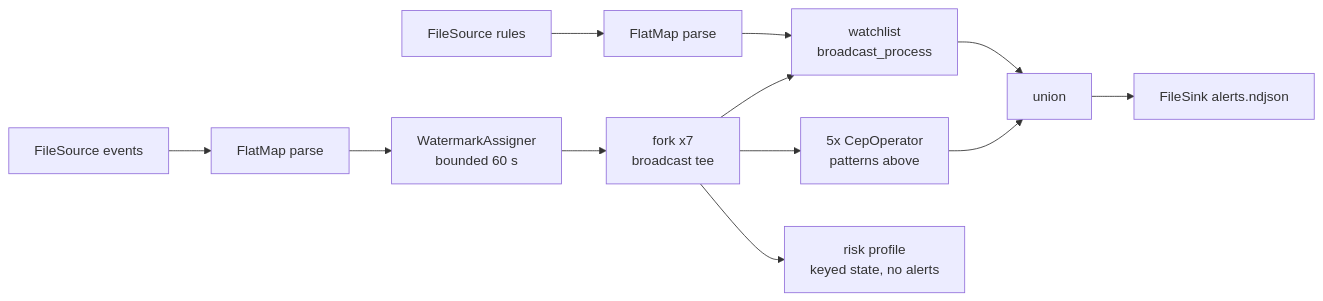
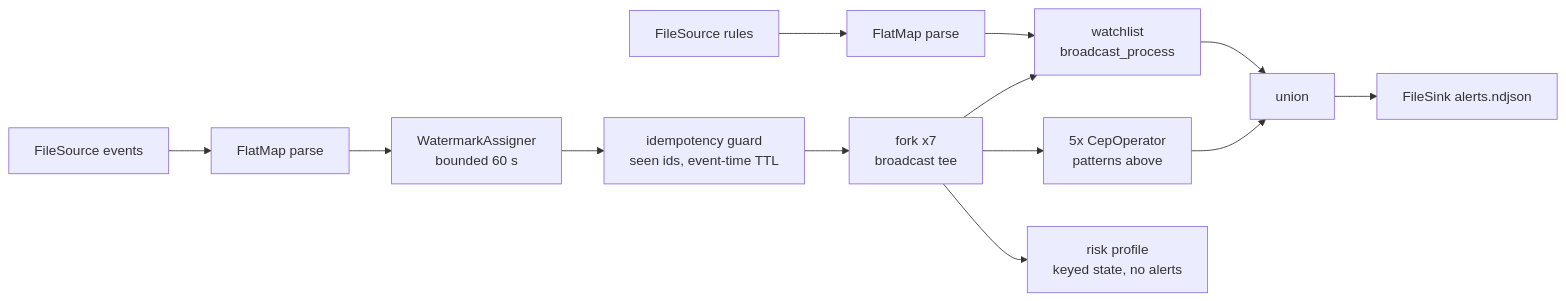
The first of 2 diagrams in README.md (orhaugh/card-sentry), drawn with Mermaid before and after one commit. The commit also changed other lines of this file and 15 other files, not shown here.

````diff
--- a/README.md
+++ b/README.md
@@ -83,14 +102,15 @@
 ```mermaid
 graph LR
   A["FileSource events"] --> B["FlatMap parse"]
   B --> C["WatermarkAssigner<br/>bounded 60 s"]
-  C --> D["fork x7<br/>broadcast tee"]
+  C --> G["idempotency guard<br/>seen ids, event-time TTL"]
+  G --> D["fork x7<br/>broadcast tee"]
   D --> E1["5x CepOperator<br/>patterns above"]
   D --> E6["watchlist<br/>broadcast_process"]
   R["FileSource rules"] --> RP["FlatMap parse"]
   RP --> E6
   D --> E7["risk profile<br/>keyed state, no alerts"]
   E1 --> U["union"]
   E6 --> U
   U --> S["FileSink alerts.ndjson"]
 ```
````
